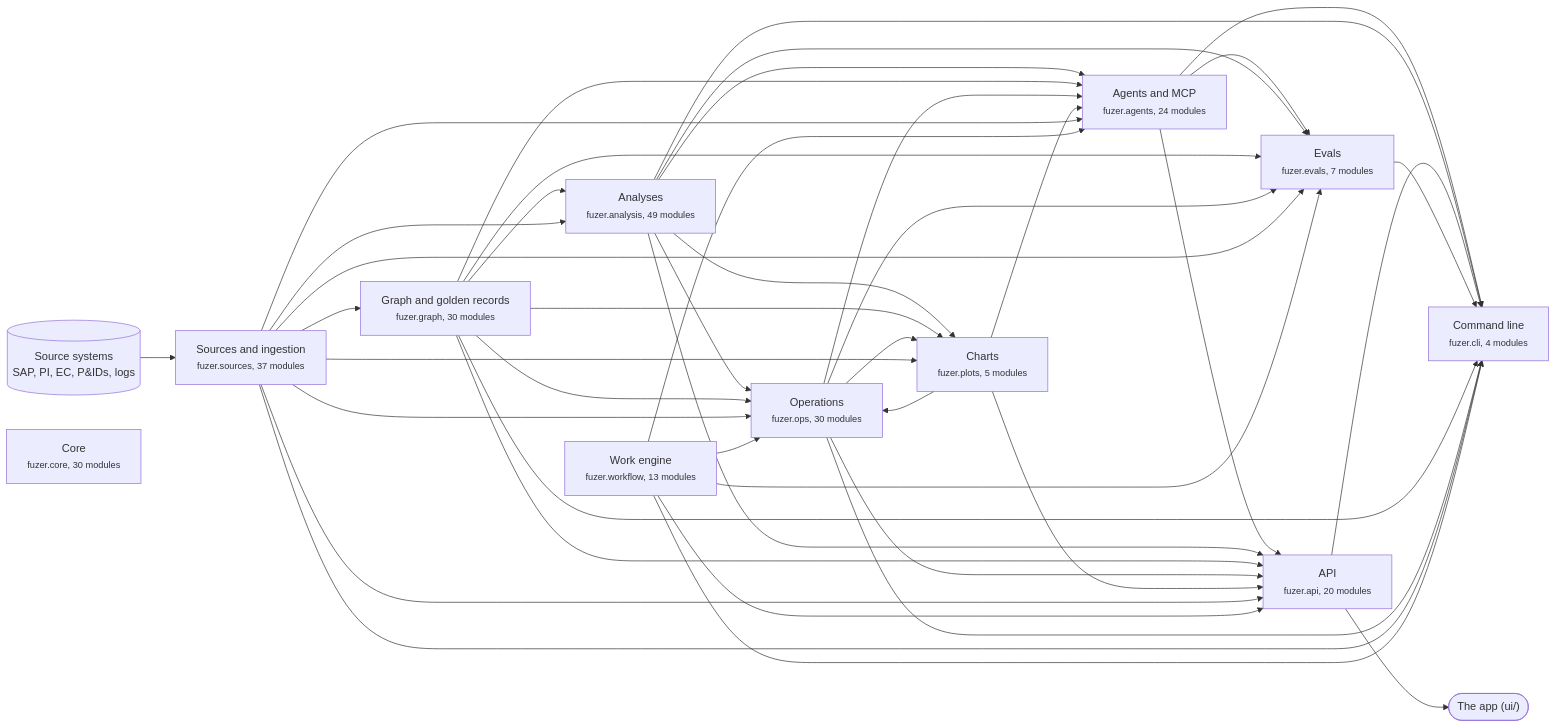
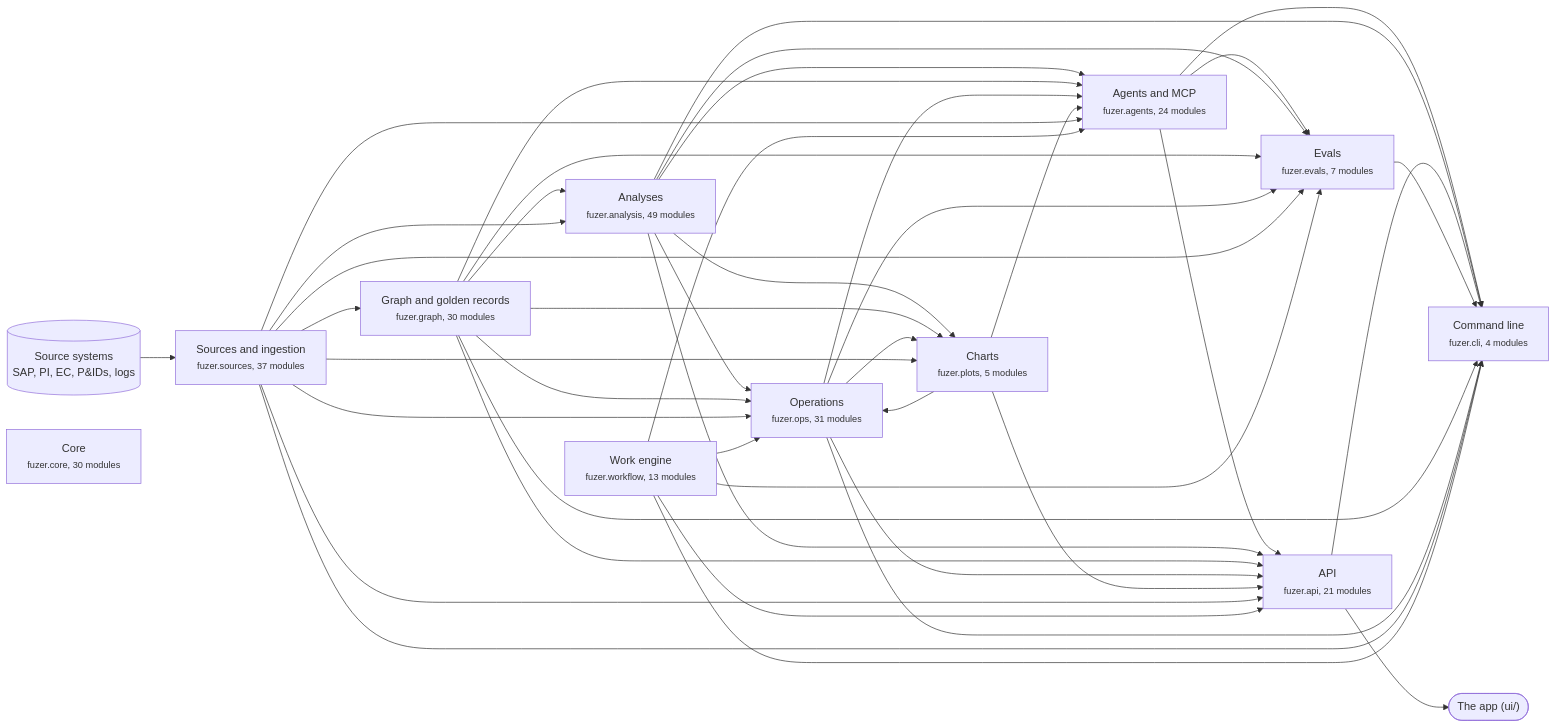
The first of 3 diagrams in docs/architecture.md (areed145/fuzer), drawn with Mermaid before and after one commit. The commit also changed other lines of this file and 22 other files, not shown here.

````diff
--- a/docs/architecture.md
+++ b/docs/architecture.md
@@ -8,67 +8,67 @@
 ```mermaid
 flowchart LR
   systems[("Source systems<br>SAP, PI, EC, P&IDs, logs")] --> c_sources
   app(["The app (ui/)"])
   c_api --> app
   c_sources["Sources and ingestion<br><small>fuzer.sources, 37 modules</small>"]
   c_graph["Graph and golden records<br><small>fuzer.graph, 30 modules</small>"]
   c_analysis["Analyses<br><small>fuzer.analysis, 49 modules</small>"]
-  c_ops["Operations<br><small>fuzer.ops, 30 modules</small>"]
+  c_ops["Operations<br><small>fuzer.ops, 31 modules</small>"]
   c_plots["Charts<br><small>fuzer.plots, 5 modules</small>"]
   c_workflow["Work engine<br><small>fuzer.workflow, 13 modules</small>"]
   c_agents["Agents and MCP<br><small>fuzer.agents, 24 modules</small>"]
   c_evals["Evals<br><small>fuzer.evals, 7 modules</small>"]
-  c_api["API<br><small>fuzer.api, 20 modules</small>"]
+  c_api["API<br><small>fuzer.api, 21 modules</small>"]
   c_cli["Command line<br><small>fuzer.cli, 4 modules</small>"]
   c_core["Core<br><small>fuzer.core, 30 modules</small>"]
   c_sources --> c_graph
   c_graph --> c_analysis
   c_sources --> c_analysis
   c_analysis --> c_ops
   c_graph --> c_ops
   c_plots --> c_ops
   c_sources --> c_ops
   c_workflow --> c_ops
   c_analysis --> c_plots
   c_graph --> c_plots
   c_ops --> c_plots
   c_sources --> c_plots
   c_analysis --> c_agents
   c_graph --> c_agents
   c_ops --> c_agents
   c_plots --> c_agents
   c_sources --> c_agents
   c_workflow --> c_agents
   c_agents --> c_evals
   c_analysis --> c_evals
   c_graph --> c_evals
   c_ops --> c_evals
   c_sources --> c_evals
   c_workflow --> c_evals
   c_agents --> c_api
   c_analysis --> c_api
   c_graph --> c_api
   c_ops --> c_api
   c_plots --> c_api
   c_sources --> c_api
   c_workflow --> c_api
   c_agents --> c_cli
   c_analysis --> c_cli
   c_api --> c_cli
   c_evals --> c_cli
   c_graph --> c_cli
   c_ops --> c_cli
   c_sources --> c_cli
   c_workflow --> c_cli
   click c_sources "https://github.com/areed145/fuzer/tree/main/src/fuzer/sources"
   click c_graph "https://github.com/areed145/fuzer/tree/main/src/fuzer/graph"
   click c_analysis "https://github.com/areed145/fuzer/tree/main/src/fuzer/analysis"
   click c_ops "https://github.com/areed145/fuzer/tree/main/src/fuzer/ops"
   click c_plots "https://github.com/areed145/fuzer/tree/main/src/fuzer/plots"
   click c_workflow "https://github.com/areed145/fuzer/tree/main/src/fuzer/workflow"
   click c_agents "https://github.com/areed145/fuzer/tree/main/src/fuzer/agents"
   click c_evals "https://github.com/areed145/fuzer/tree/main/src/fuzer/evals"
   click c_api "https://github.com/areed145/fuzer/tree/main/src/fuzer/api"
   click c_cli "https://github.com/areed145/fuzer/tree/main/src/fuzer/cli"
   click c_core "https://github.com/areed145/fuzer/tree/main/src/fuzer/core"
 ```
````
